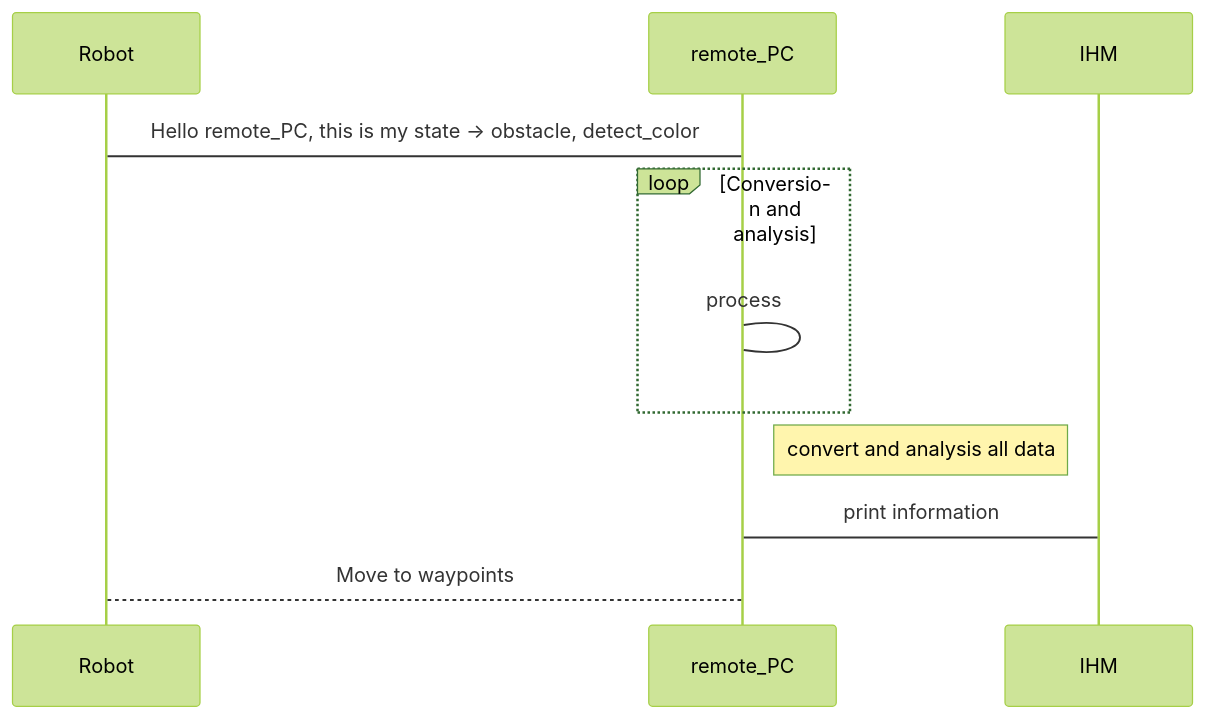
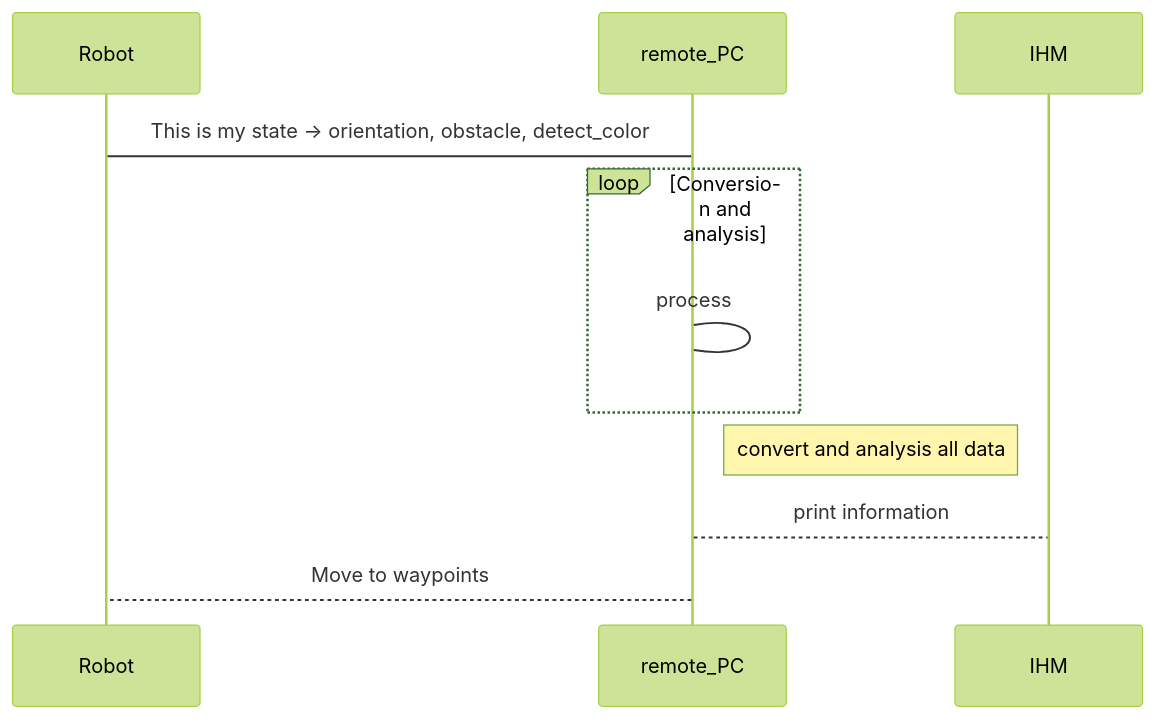
Before and after one commit to estellebriand/Projet_majeure_master_5A: the second of 2 diagrams in README.md, drawn with Mermaid (forest theme). The commit also changed other lines of this file, not shown here.

````diff
--- a/README.md
+++ b/README.md
@@ -92,13 +93,13 @@
 ```mermaid
 sequenceDiagram
     participant Robot
     participant remote_PC
     participant IHM
-    Robot-> remote_PC: Hello remote_PC, this is my state -> obstacle, detect_color
+    Robot-> remote_PC: This is my state -> orientation, obstacle, detect_color
     loop Conversion and analysis
         remote_PC->remote_PC: process
     end
     Note right of remote_PC: convert and analysis all data
-    remote_PC->IHM: print information
+    remote_PC-->IHM: print information
     remote_PC-->Robot: Move to waypoints
 ```
````
